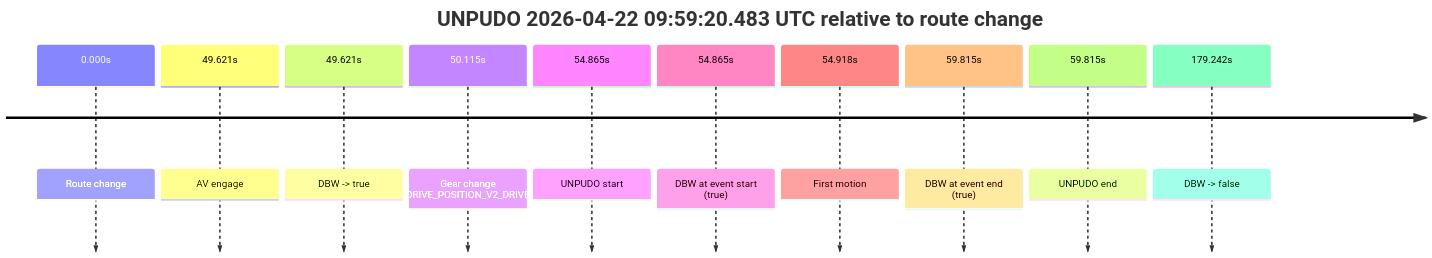
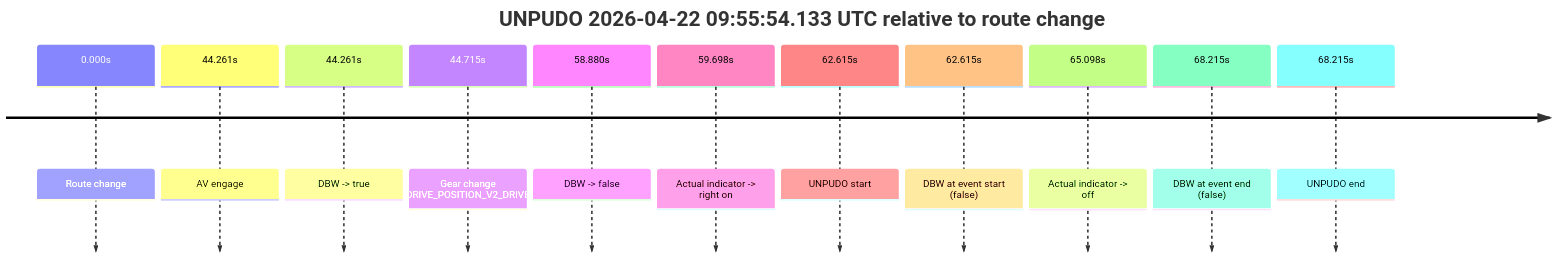
One commit to yoelshapiro/vault changed the second of 6 diagrams in model_analysis/report_cards/2026/04/Week-4/fme20032--2026-04-22--09-40-31--gen2-av-fcd841b5-277a-4b0a-82da-607e34daf223.md. Above: the diagram before and after it, drawn with Mermaid. The commit also changed other lines of this file and 17 other files, not shown here.

````diff
--- a/model_analysis/report_cards/2026/04/Week-4/fme20032--2026-04-22--09-40-31--gen2-av-fcd841b5-277a-4b0a-82da-607e34daf223.md
+++ b/model_analysis/report_cards/2026/04/Week-4/fme20032--2026-04-22--09-40-31--gen2-av-fcd841b5-277a-4b0a-82da-607e34daf223.md
@@ -132,14 +131,15 @@
 ```mermaid
 timeline
-    title UNPUDO 2026-04-22 09:59:20.483 UTC relative to route change
+    title UNPUDO 2026-04-22 09:55:54.133 UTC relative to route change
     0.000s : Route change
-    49.621s : AV engage
-    49.621s : DBW -> true
-    50.115s : Gear change (DRIVE_POSITION_V2_DRIVE)
-    54.865s : UNPUDO start
-    54.865s : DBW at event start (true)
-    54.918s : First motion
-    59.815s : DBW at event end (true)
-    59.815s : UNPUDO end
-    179.242s : DBW -> false
+    44.261s : AV engage
+    44.261s : DBW -> true
+    44.715s : Gear change (DRIVE_POSITION_V2_DRIVE)
+    58.880s : DBW -> false
+    59.698s : Actual indicator -> right on
+    62.615s : UNPUDO start
+    62.615s : DBW at event start (false)
+    65.098s : Actual indicator -> off
+    68.215s : DBW at event end (false)
+    68.215s : UNPUDO end
 ```
````
